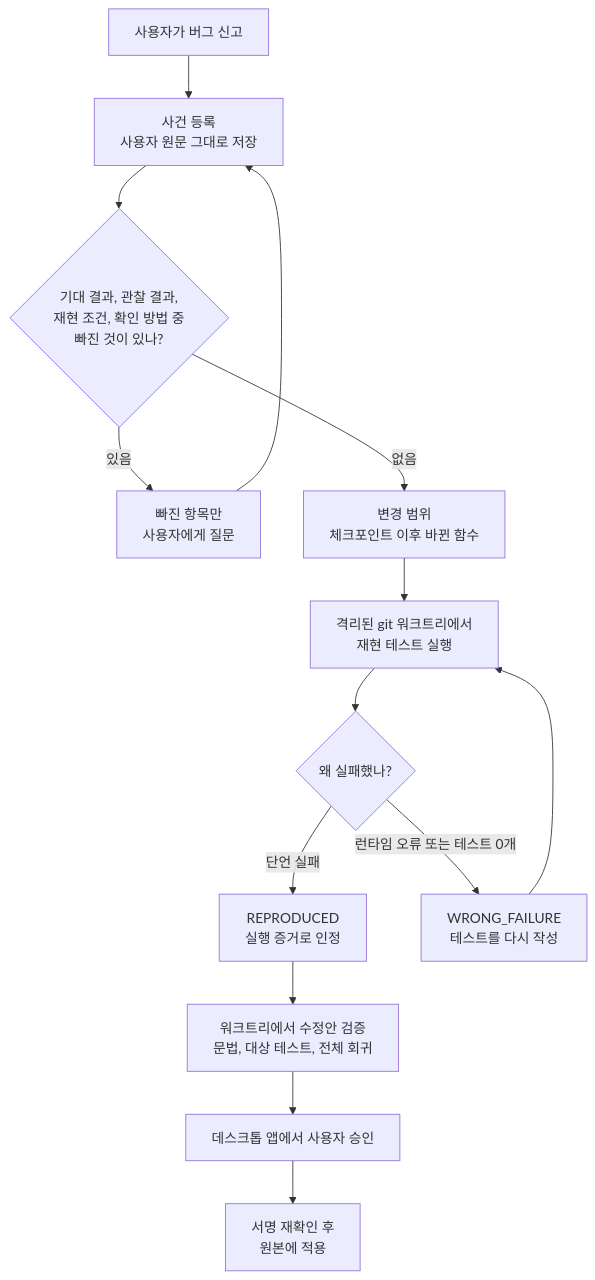
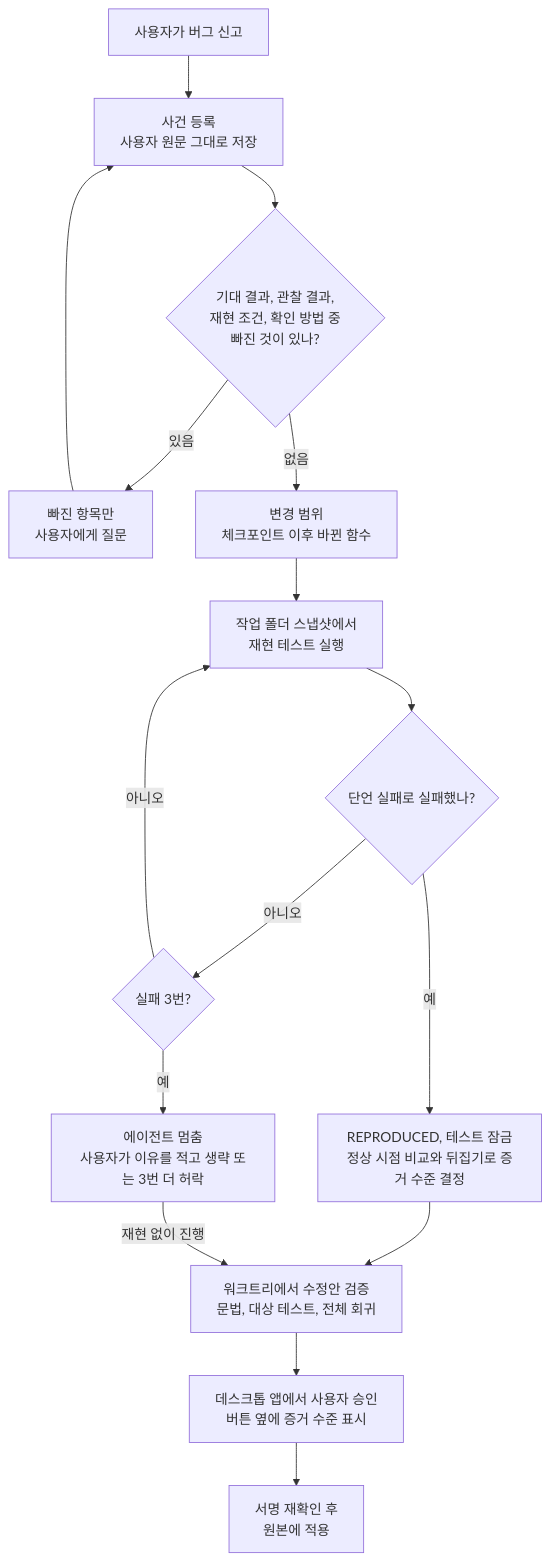
The diagram in README.ko.md (kimchi00100/Agent-autopsy), drawn with Mermaid before and after one commit. The commit also changed other lines of this file and 8 other files, not shown here.

````diff
--- a/README.ko.md
+++ b/README.ko.md
@@ -126,14 +132,17 @@
 ```mermaid
 flowchart TD
     A[사용자가 버그 신고] --> B[사건 등록<br/>사용자 원문 그대로 저장]
     B --> C{기대 결과, 관찰 결과,<br/>재현 조건, 확인 방법 중<br/>빠진 것이 있나?}
     C -- 있음 --> D[빠진 항목만<br/>사용자에게 질문] --> B
     C -- 없음 --> E[변경 범위<br/>체크포인트 이후 바뀐 함수]
-    E --> F[격리된 git 워크트리에서<br/>재현 테스트 실행]
-    F --> G{왜 실패했나?}
-    G -- 단언 실패 --> H[REPRODUCED<br/>실행 증거로 인정]
-    G -- 런타임 오류 또는 테스트 0개 --> I[WRONG_FAILURE<br/>테스트를 다시 작성] --> F
-    H --> J[워크트리에서 수정안 검증<br/>문법, 대상 테스트, 전체 회귀]
-    J --> K[데스크톱 앱에서 사용자 승인]
-    K --> L[서명 재확인 후<br/>원본에 적용]
+    E --> F[작업 폴더 스냅샷에서<br/>재현 테스트 실행]
+    F --> G{단언 실패로 실패했나?}
+    G -- 예 --> H[REPRODUCED, 테스트 잠금<br/>정상 시점 비교와 뒤집기로 증거 수준 결정]
+    G -- 아니오 --> I{실패 3번?}
+    I -- 아니오 --> F
+    I -- 예 --> J[에이전트 멈춤<br/>사용자가 이유를 적고 생략 또는 3번 더 허락]
+    H --> K[워크트리에서 수정안 검증<br/>문법, 대상 테스트, 전체 회귀]
+    J -- 재현 없이 진행 --> K
+    K --> L[데스크톱 앱에서 사용자 승인<br/>버튼 옆에 증거 수준 표시]
+    L --> M[서명 재확인 후<br/>원본에 적용]
 ```
````
